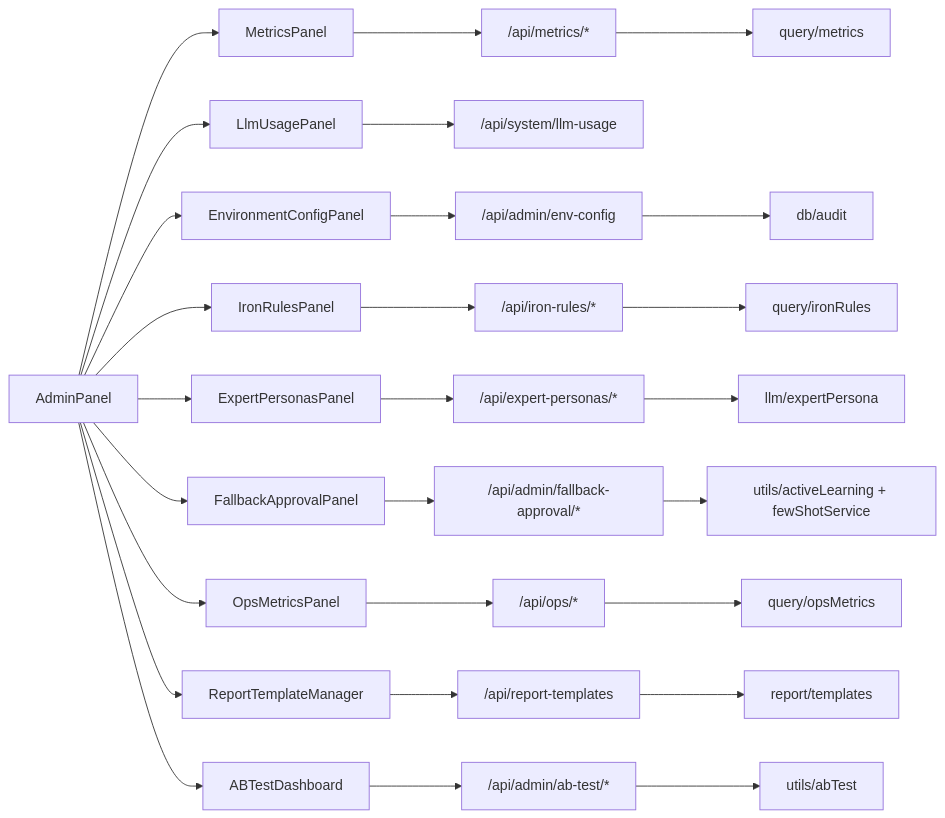
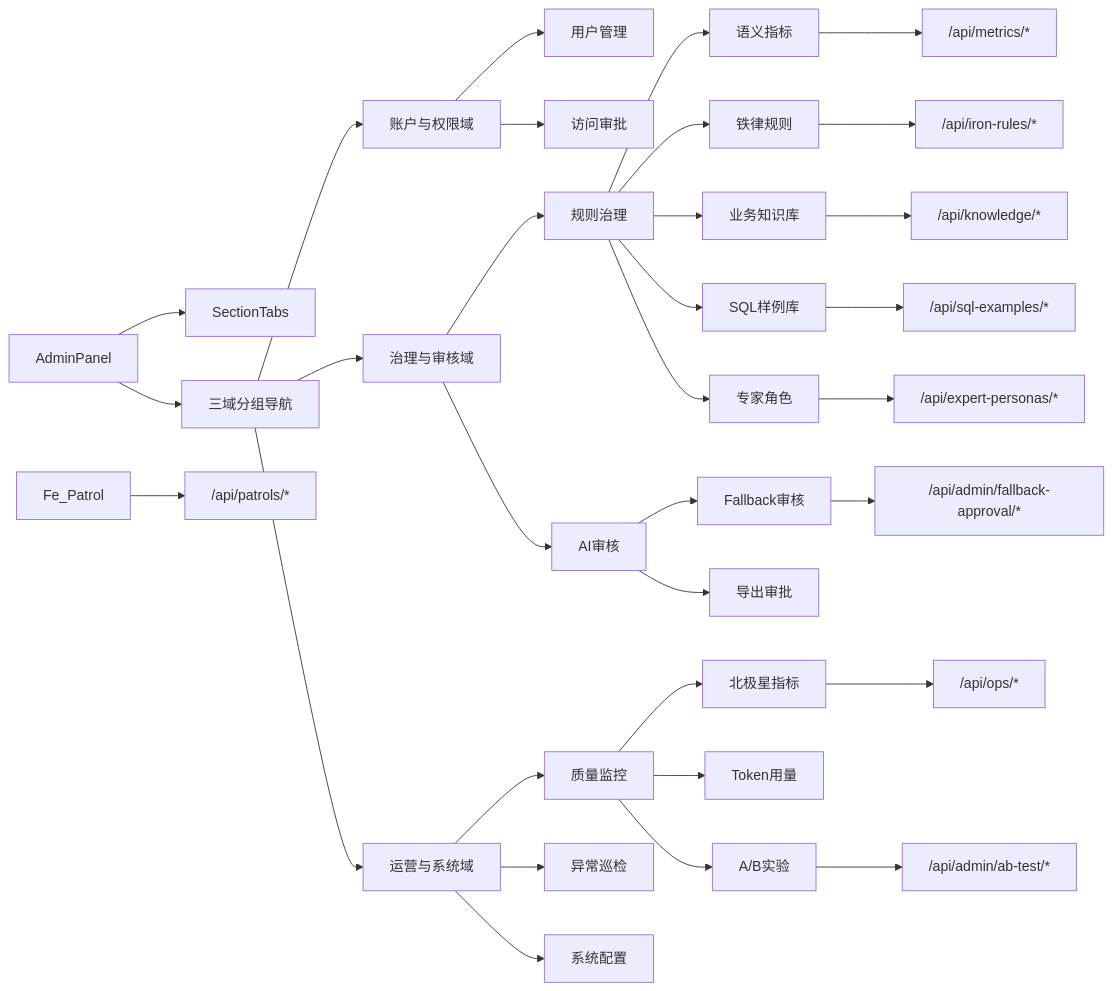
One commit to dgjin/smart-data-analytics changed the fifth of 5 diagrams in .qoder/repowiki/zh/content/前端应用/核心组件库/管理面板组件.md. Above: the diagram before and after it, drawn with Mermaid. The commit also changed other lines of this file and 146 other files, not shown here.

````diff
--- a/.qoder/repowiki/zh/content/前端应用/核心组件库/管理面板组件.md
+++ b/.qoder/repowiki/zh/content/前端应用/核心组件库/管理面板组件.md
@@ -581,29 +355,34 @@
 ```mermaid
 graph LR
-FE_Admin["AdminPanel"] --> FE_Metrics["MetricsPanel"]
-FE_Admin --> FE_Usage["LlmUsagePanel"]
-FE_Admin --> Fe_Env["EnvironmentConfigPanel"]
-FE_Admin --> Fe_Iron["IronRulesPanel"]
-FE_Admin --> Fe_Persona["ExpertPersonasPanel"]
-FE_Admin --> Fe_Fallback["FallbackApprovalPanel"]
-FE_Admin --> Fe_Ops["OpsMetricsPanel"]
-FE_Admin --> Fe_Templates["ReportTemplateManager"]
-FE_Admin --> Fe_ABTest["ABTestDashboard"]
+FE_Admin["AdminPanel"] --> FE_SectionTabs["SectionTabs"]
+FE_Admin --> FE_DomainGroups["三域分组导航"]
+FE_DomainGroups --> FE_Account["账户与权限域"]
+FE_DomainGroups --> FE_Governance["治理与审核域"]
+FE_DomainGroups --> FE_Operations["运营与系统域"]
+FE_Account --> FE_Users["用户管理"]
+FE_Account --> FE_Access["访问审批"]
+FE_Governance --> FE_RuleGov["规则治理"]
+FE_Governance --> FE_AIAudit["AI审核"]
+FE_Operations --> FE_QualityMon["质量监控"]
+FE_Operations --> FE_Patrol["异常巡检"]
+FE_Operations --> Fe_SysConfig["系统配置"]
+FE_RuleGov --> FE_Metrics["语义指标"]
+FE_RuleGov --> Fe_Iron["铁律规则"]
+FE_RuleGov --> FE_Knowledge["业务知识库"]
+FE_RuleGov --> FE_Examples["SQL样例库"]
+FE_RuleGov --> Fe_Persona["专家角色"]
+FE_AIAudit --> Fe_Fallback["Fallback审核"]
+FE_AIAudit --> Fe_DLP["导出审批"]
+FE_QualityMon --> Fe_Ops["北极星指标"]
+FE_QualityMon --> Fe_LLM["Token用量"]
+FE_QualityMon --> Fe_ABTest["A/B实验"]
+FE_Knowledge --> BE_Knowledge["/api/knowledge/*"]
+FE_Examples --> BE_Examples["/api/sql-examples/*"]
 FE_Metrics --> BE_Metrics["/api/metrics/*"]
-FE_Usage --> BE_Query["/api/system/llm-usage"]
-Fe_Env --> BE_Admin["/api/admin/env-config"]
 Fe_Iron --> BE_Iron["/api/iron-rules/*"]
 Fe_Persona --> BE_Persona["/api/expert-personas/*"]
 Fe_Fallback --> BE_Fallback["/api/admin/fallback-approval/*"]
 Fe_Ops --> BE_Ops["/api/ops/*"]
-Fe_Templates --> BE_Templates["/api/report-templates"]
 Fe_ABTest --> BE_ABTest["/api/admin/ab-test/*"]
-BE_Metrics --> Service_Metrics["query/metrics"]
-BE_Iron --> Service_Iron["query/ironRules"]
-BE_Persona --> Service_Persona["llm/expertPersona"]
-BE_Admin --> Service_Admin["db/audit"]
-BE_Fallback --> Service_Fallback["utils/activeLearning + fewShotService"]
-BE_Ops --> Service_Ops["query/opsMetrics"]
-BE_Templates --> Service_Templates["report/templates"]
-BE_ABTest --> Service_ABTest["utils/abTest"]
+Fe_Patrol --> BE_Patrol["/api/patrols/*"]
 ```
````
